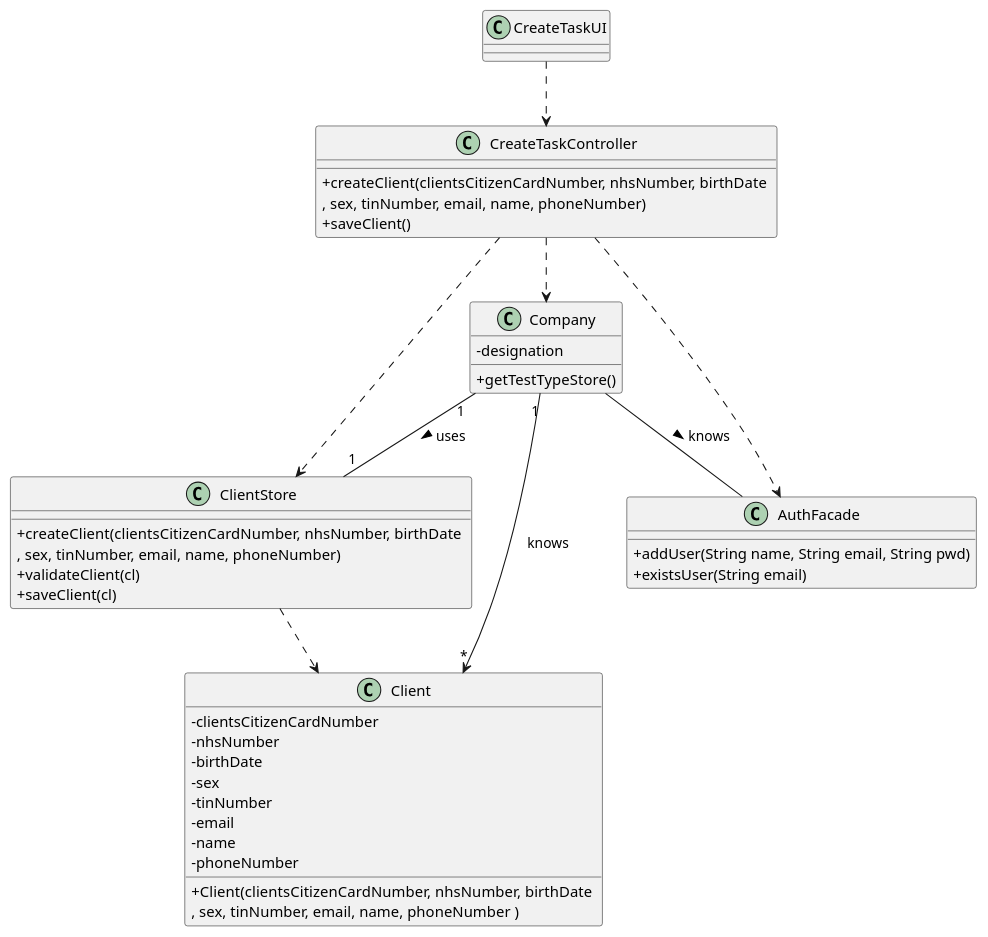
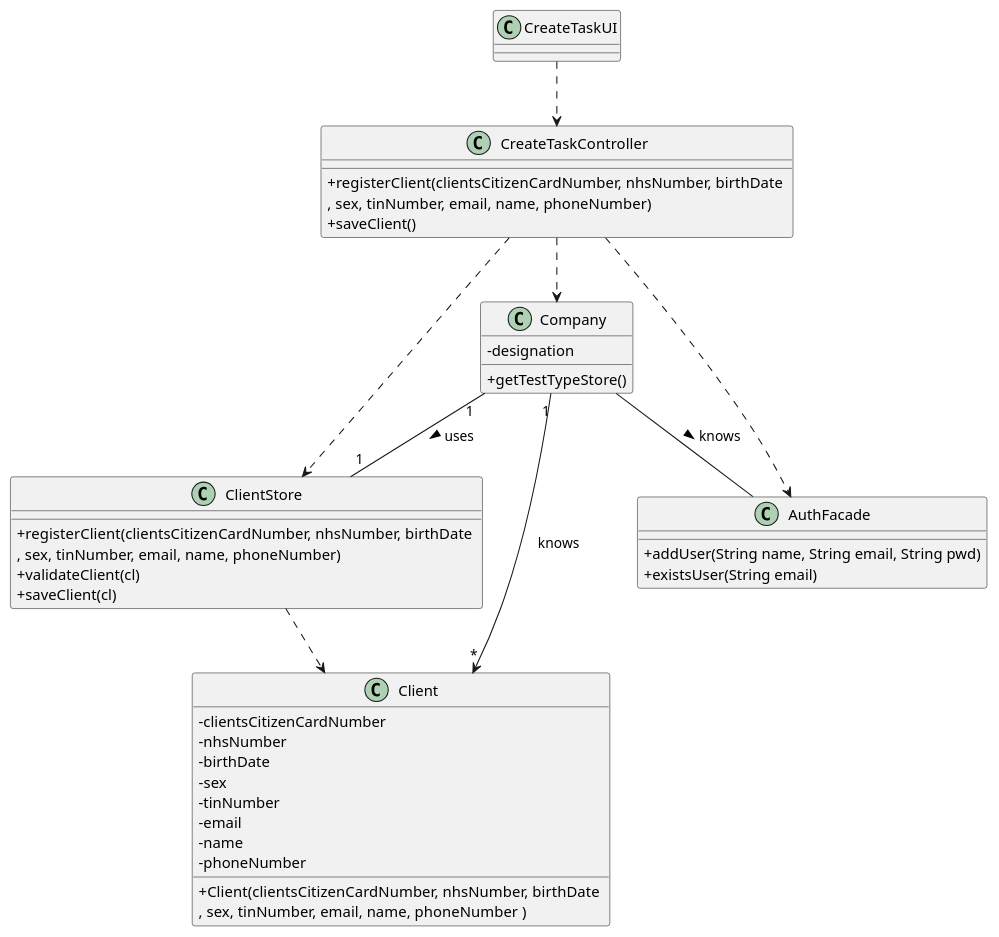
The diagram in docs/SprintB/US_3/US3_CD.puml (ana-albergaria/LAPR2-ISEP), drawn with PlantUML before and after one commit. The commit also changed 9 other files, not shown here.

```diff
--- a/docs/SprintB/US_3/US3_CD.puml
+++ b/docs/SprintB/US_3/US3_CD.puml
@@ -1,58 +1,58 @@
 @startuml
 skinparam classAttributeIconSize 0
 
 class Client {
 -clientsCitizenCardNumber
 -nhsNumber
 -birthDate
 -sex
 -tinNumber
 -email
 -name
 -phoneNumber
 +Client(clientsCitizenCardNumber, nhsNumber, birthDate \n, sex, tinNumber, email, name, phoneNumber )
 }
 
 class ClientStore{
-+createClient(clientsCitizenCardNumber, nhsNumber, birthDate \n, sex, tinNumber, email, name, phoneNumber)
++registerClient(clientsCitizenCardNumber, nhsNumber, birthDate \n, sex, tinNumber, email, name, phoneNumber)
 +validateClient(cl)
 +saveClient(cl)
 }
 
 
 class AuthFacade{
 +addUser(String name, String email, String pwd)
 +existsUser(String email)
 }
 
 
 
 class Company {
 -designation
 +getTestTypeStore()
 }
 
 
 
 
 
 class CreateTaskController {
-  +createClient(clientsCitizenCardNumber, nhsNumber, birthDate \n, sex, tinNumber, email, name, phoneNumber)
+  +registerClient(clientsCitizenCardNumber, nhsNumber, birthDate \n, sex, tinNumber, email, name, phoneNumber)
   +saveClient()
 }
 
 class CreateTaskUI {
 
 }
 
 CreateTaskUI ..> CreateTaskController
 CreateTaskController ..> Company
 CreateTaskController ..> AuthFacade
 CreateTaskController ..> ClientStore
 '/Client ..> UserSession'/
 Company "1" --> "*" Client : knows
 Company "1" -- "1" ClientStore : uses >
 Company  --  AuthFacade : knows >
 ClientStore ..> Client
 
 @enduml
```
